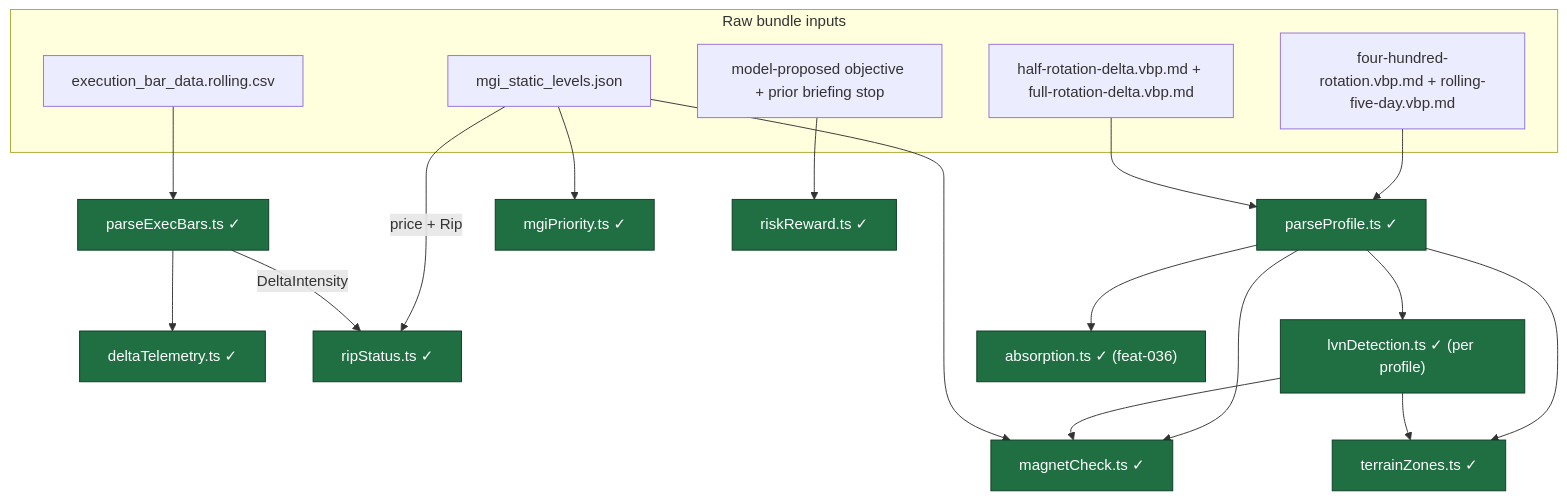
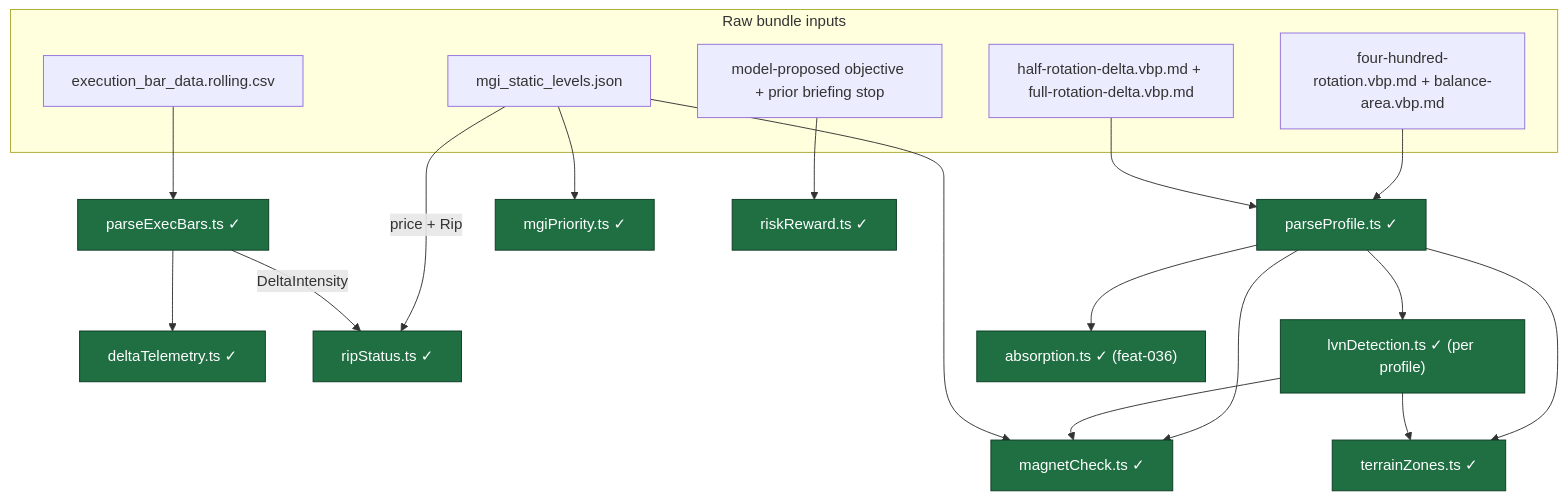
One commit to Leverage-Workshop/gekko changed the first of 3 diagrams in docs/diagrams/engine.md. Above: the diagram before and after it, drawn with Mermaid. The commit also changed other lines of this file and 29 other files, not shown here.

````diff
--- a/docs/diagrams/engine.md
+++ b/docs/diagrams/engine.md
@@ -12,41 +12,41 @@
 ```mermaid
 graph TD
   subgraph inputs["Raw bundle inputs"]
-    VBP["four-hundred-rotation.vbp.md + rolling-five-day.vbp.md"]
+    VBP["four-hundred-rotation.vbp.md + balance-area.vbp.md"]
     DELTA["half-rotation-delta.vbp.md + full-rotation-delta.vbp.md"]
     CSV["execution_bar_data.rolling.csv"]
     MGIJSON["mgi_static_levels.json"]
     OBJ["model-proposed objective + prior briefing stop"]
   end
 
   PP["parseProfile.ts ✓"]
   PE["parseExecBars.ts ✓"]
   DT["deltaTelemetry.ts ✓"]
   MP["mgiPriority.ts ✓"]
   RS["ripStatus.ts ✓"]
   RR["riskReward.ts ✓"]
   LVN["lvnDetection.ts ✓ (per profile)"]
   MC["magnetCheck.ts ✓"]
   TZ["terrainZones.ts ✓"]
   ABS["absorption.ts ✓ (feat-036)"]
 
   VBP --> PP
   DELTA --> PP
   CSV --> PE
   PE --> DT
   MGIJSON --> MP
   PP --> LVN
   PP --> MC
   PP --> TZ
   PP --> ABS
   LVN --> MC
   LVN --> TZ
   MGIJSON --> MC
   MGIJSON -->|"price + Rip"| RS
   PE -->|"DeltaIntensity"| RS
   OBJ --> RR
 
   classDef done fill:#1f6f43,stroke:#0d3b24,color:#fff;
   classDef todo fill:#7a2f2f,stroke:#3b1414,color:#fff;
   class PP,PE,DT,MP,RS,RR,LVN,MC,TZ,ABS done;
 ```
````
